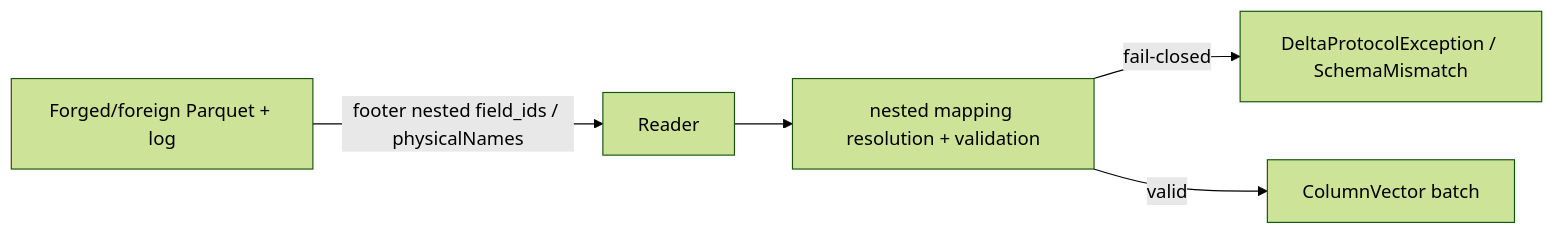
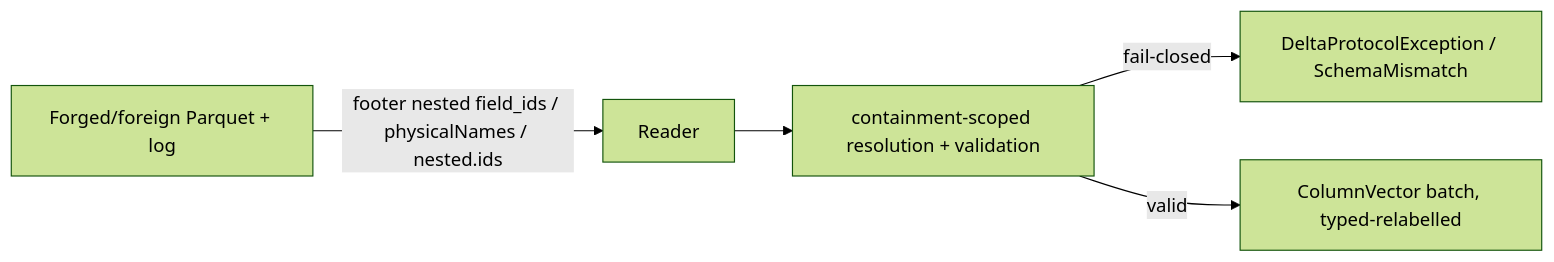
One commit to khaines/deltasharp changed the third of 3 diagrams in docs/engineering/design/nested-column-mapping.md. Above: the diagram before and after it, drawn with Mermaid (forest theme). The commit also changed other lines of this file, not shown here.

First line of the commit message:
Design: #676 nested column mapping — round-2 revision (address RFL council)

````diff
--- a/docs/engineering/design/nested-column-mapping.md
+++ b/docs/engineering/design/nested-column-mapping.md
@@ -341,7 +453,7 @@
 ```mermaid
 graph LR
-  Attacker[Forged/foreign Parquet + log] -->|footer nested field_ids / physicalNames| Reader
-  Reader --> Gate[nested mapping resolution + validation]
+  Attacker[Forged/foreign Parquet + log] -->|footer nested field_ids / physicalNames / nested.ids| Reader
+  Reader --> Gate[containment-scoped resolution + validation]
   Gate -->|fail-closed| Reject[DeltaProtocolException / SchemaMismatch]
-  Gate -->|valid| Batch[ColumnVector batch]
+  Gate -->|valid| Batch[ColumnVector batch, typed-relabelled]
 ```
````
